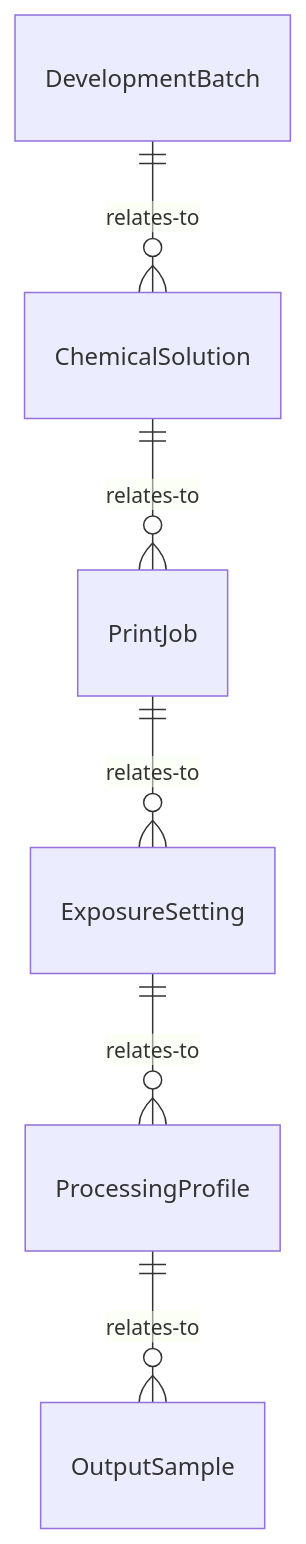
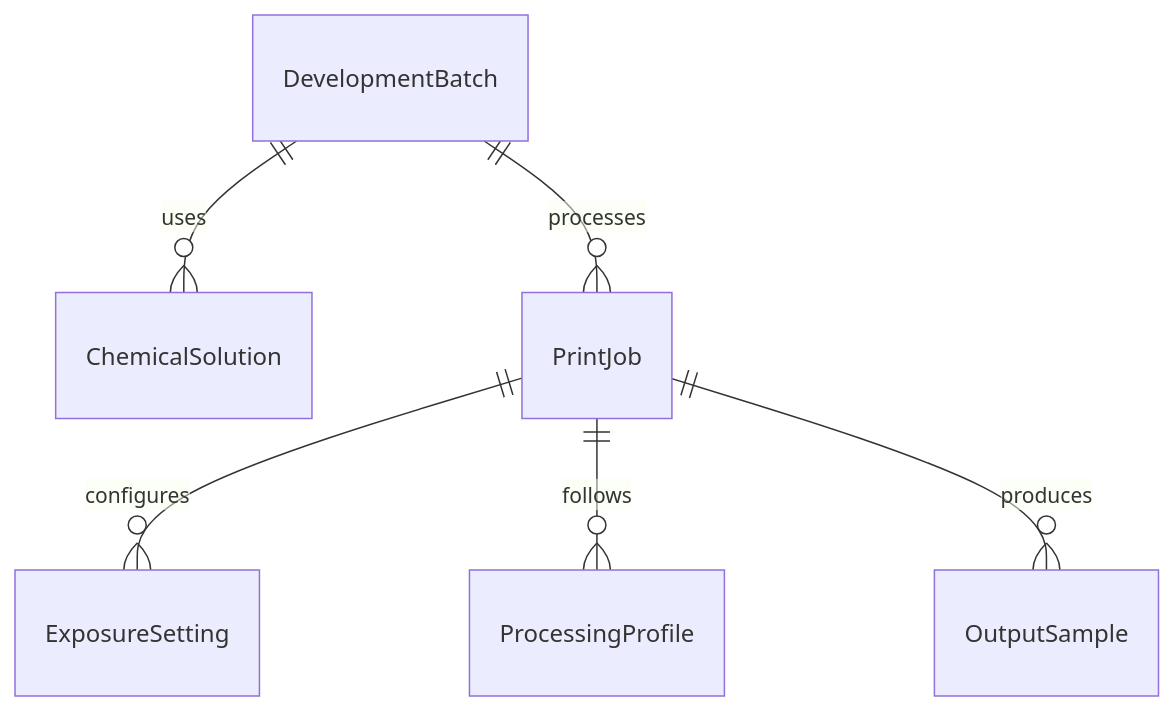
One commit to dot-org-ai/tasks.org.ai changed the first of 4 diagrams in ControllingMachinesAndProcesses/OperateIndustrialProcessingOrProductionEquipment/OperatePhotographicDevelopingPrintProduction.mdx. Above: the diagram before and after it, drawn with Mermaid. The commit also changed other lines of this file and 515 other files, not shown here.

````diff
--- a/ControllingMachinesAndProcesses/OperateIndustrialProcessingOrProductionEquipment/OperatePhotographicDevelopingPrintProduction.mdx
+++ b/ControllingMachinesAndProcesses/OperateIndustrialProcessingOrProductionEquipment/OperatePhotographicDevelopingPrintProduction.mdx
@@ -87,8 +87,8 @@
 ```mermaid
 erDiagram
-    DevelopmentBatch ||--o{ ChemicalSolution : relates-to
-    ChemicalSolution ||--o{ PrintJob : relates-to
-    PrintJob ||--o{ ExposureSetting : relates-to
-    ExposureSetting ||--o{ ProcessingProfile : relates-to
-    ProcessingProfile ||--o{ OutputSample : relates-to
+    DevelopmentBatch ||--o{ ChemicalSolution : uses
+    DevelopmentBatch ||--o{ PrintJob : processes
+    PrintJob ||--o{ ExposureSetting : configures
+    PrintJob ||--o{ ProcessingProfile : follows
+    PrintJob ||--o{ OutputSample : produces
 ```
````
